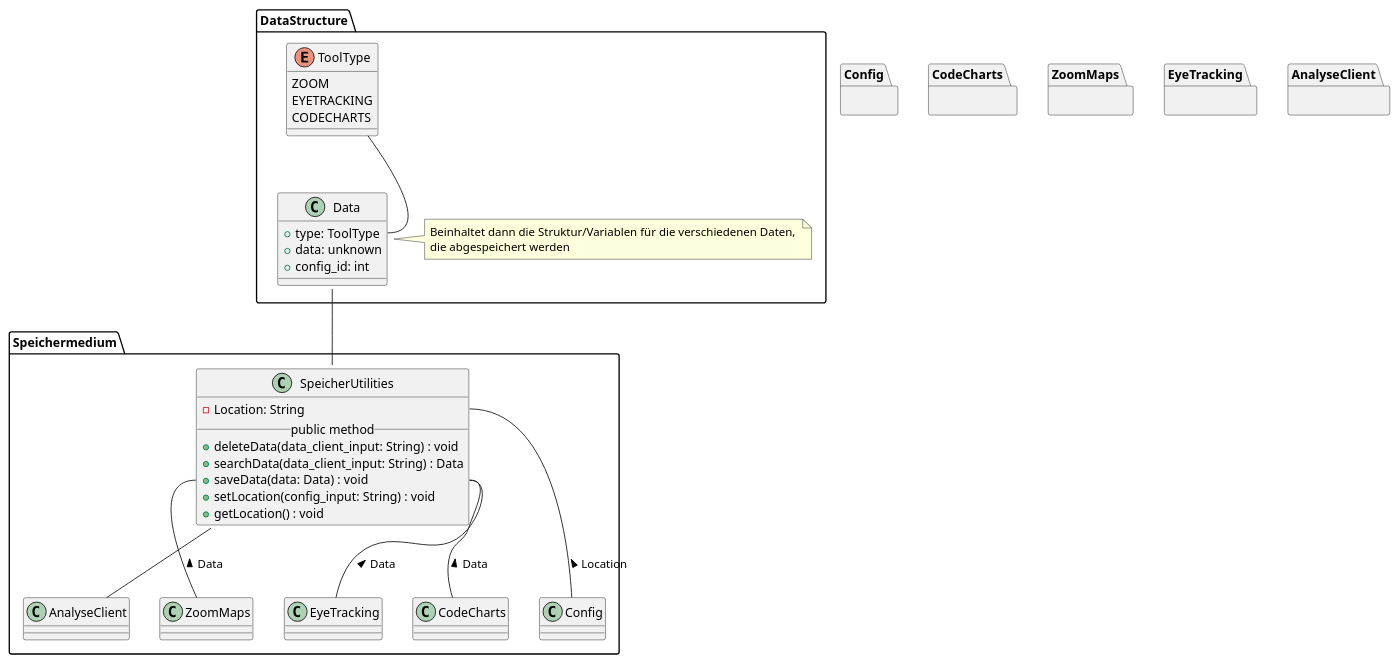
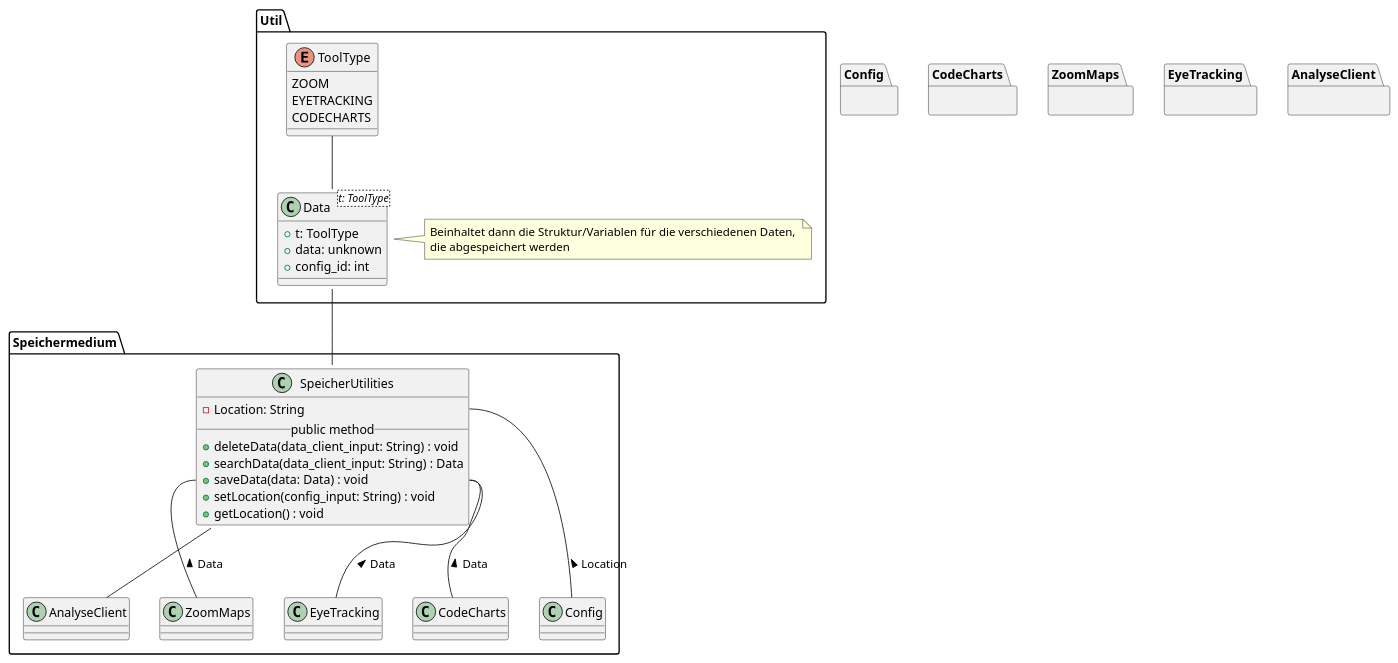
The diagram in meilenstein_03/uml-speichermedium/speichermedium.puml (weichware10/meilensteine), drawn with PlantUML before and after one commit.

Commit message:
Package Util

```diff
--- a/meilenstein_03/uml-speichermedium/speichermedium.puml
+++ b/meilenstein_03/uml-speichermedium/speichermedium.puml
@@ -1,65 +1,64 @@
 @startuml speichermedium
 ' === Speichermedium ===
 package Speichermedium {
       ' SpeicherUtilities
       class SpeicherUtilities {
          - Location: String
          __public method__
          + deleteData(data_client_input: String) : void
          + searchData(data_client_input: String) : Data
          + saveData(data: Data) : void
          + setLocation(config_input: String) : void
          + getLocation() : void
      }
 
       
 
      ' Andere Module
      SpeicherUtilities::Location -- Config : < Location
      SpeicherUtilities::saveData -- CodeCharts : < Data
      SpeicherUtilities::saveData -- ZoomMaps : < Data
      SpeicherUtilities::saveData -- EyeTracking : < Data
      SpeicherUtilities -- AnalyseClient
 }
 
-package DataStructure {
+package Util {
 
-class Data {
-   + type: ToolType
-   + data: unknown
-   + config_id: int
-}
+class Data<t: ToolType> {
+         + t: ToolType
+         + data: unknown
+         + config_id: int
+     }
 
 note right of Data
    Beinhaltet dann die Struktur/Variablen für die verschiedenen Daten, 
    die abgespeichert werden
 end note
 
       
 
 ' Interaktionen
       
 Data -- SpeicherUtilities
-
 ToolType -- Data::type
 
 ' ToolType
       enum ToolType {
-         ZOOM
-         EYETRACKING
-         CODECHARTS
-      }
+       ZOOM
+       EYETRACKING
+       CODECHARTS
+     }
 
 }
 ' Blackboxen / Andere Module
  package Config {}
 
  package CodeCharts {}
 
  package ZoomMaps {}
 
  package EyeTracking {}
 
  package AnalyseClient {}
 
 @enduml
```
